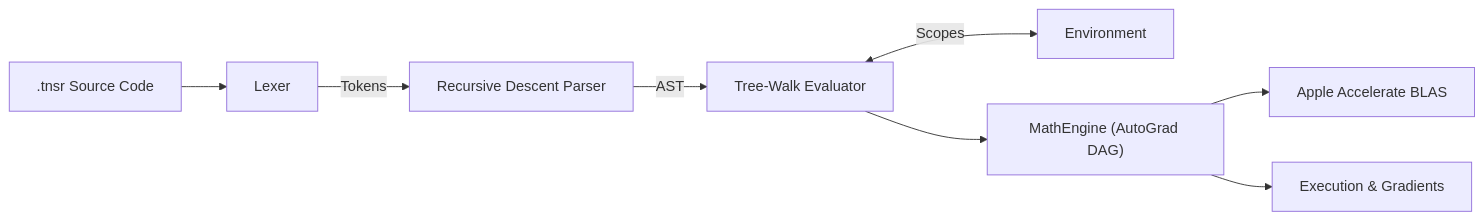
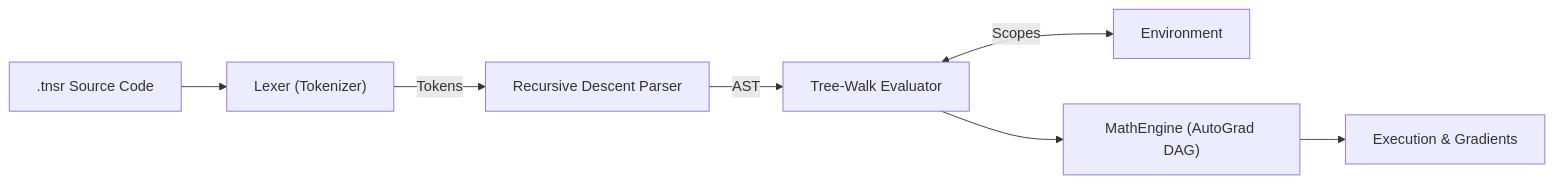
Before and after one commit to tenri69/TnsrLang: the diagram in README.md, drawn with Mermaid. The commit also changed other lines of this file and 7 other files, not shown here.

Commit message:
refactor: Remove Apple Accelerate dependency, obsolete binaries, and scope creep docs

````diff
--- a/README.md
+++ b/README.md
@@ -25,10 +25,9 @@
 ```mermaid
 flowchart LR
-    Source[".tnsr Source Code"] --> Lexer["Lexer"]
+    Source[".tnsr Source Code"] --> Lexer["Lexer (Tokenizer)"]
     Lexer -->|"Tokens"| Parser["Recursive Descent Parser"]
     Parser -->|"AST"| Evaluator["Tree-Walk Evaluator"]
     Evaluator <-->|"Scopes"| Env["Environment"]
     Evaluator --> MathEngine["MathEngine (AutoGrad DAG)"]
-    MathEngine --> Accelerate["Apple Accelerate BLAS"]
     MathEngine --> Output["Execution & Gradients"]
 ```
````
